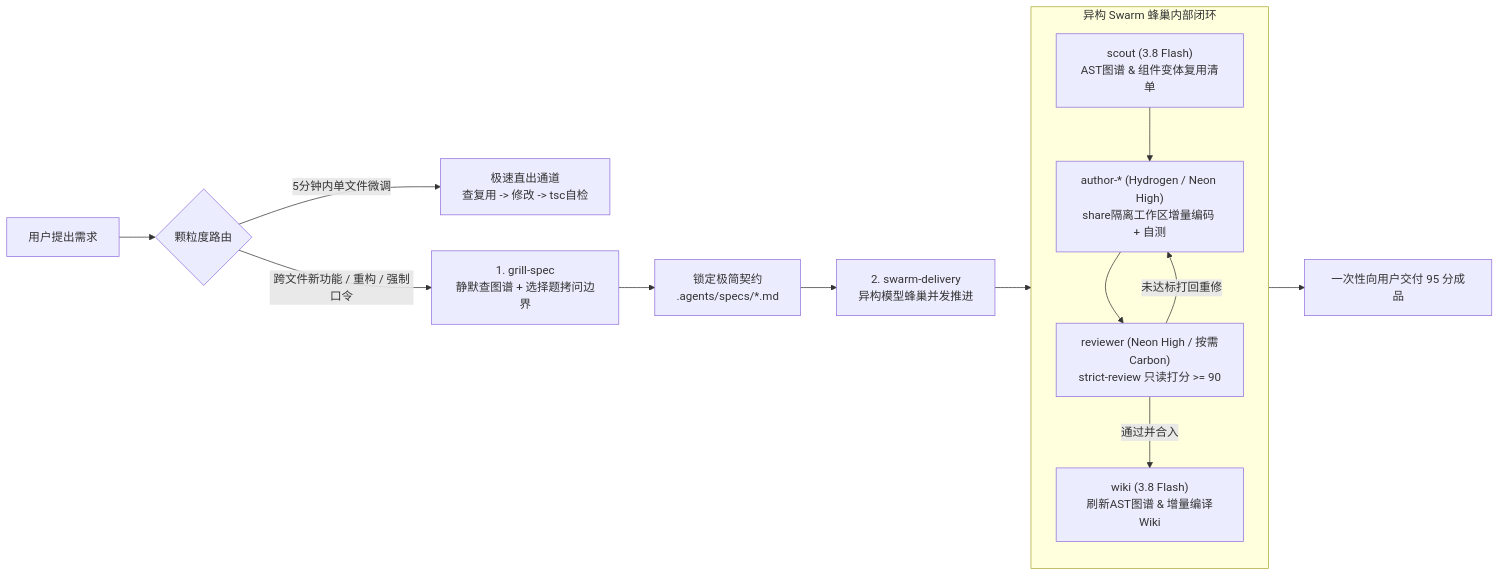
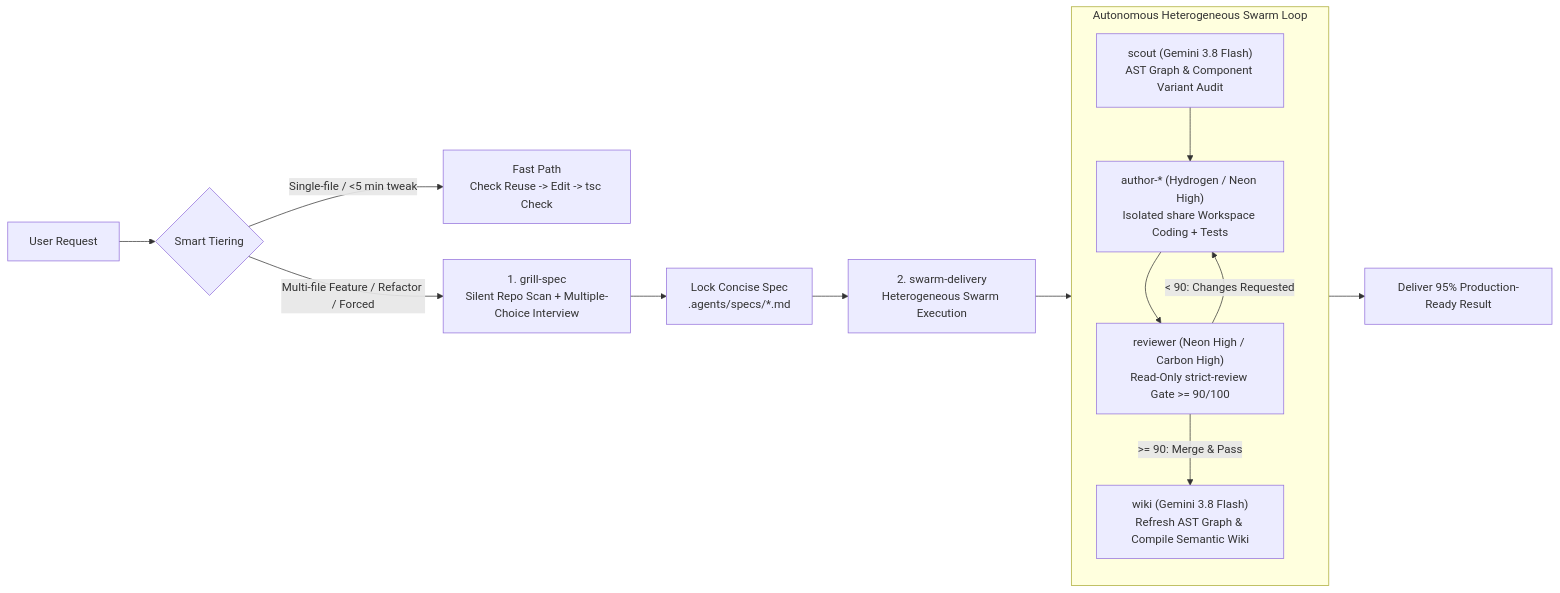
The diagram in README.md (MICAHFANG/agy-swarm-forge), drawn with Mermaid before and after one commit. The commit also changed other lines of this file and 3 other files, not shown here.

````diff
--- a/README.md
+++ b/README.md
@@ -27,16 +27,16 @@
 ```mermaid
 flowchart LR
-  A["用户提出需求"] --> B{"颗粒度路由"}
-  B -->|"5分钟内单文件微调"| C["极速直出通道\n查复用 -> 修改 -> tsc自检"]
-  B -->|"跨文件新功能 / 重构 / 强制口令"| D["1. grill-spec\n静默查图谱 + 选择题拷问边界"]
-  D --> E["锁定极简契约\n.agents/specs/*.md"]
-  E --> F["2. swarm-delivery\n异构模型蜂巢并发推进"]
-  subgraph Swarm["异构 Swarm 蜂巢内部闭环"]
-    S1["scout (3.8 Flash)\nAST图谱 & 组件变体复用清单"] --> S2["author-* (Hydrogen / Neon High)\nshare隔离工作区增量编码 + 自测"]
-    S2 --> S3["reviewer (Neon High / 按需Carbon)\nstrict-review 只读打分 >= 90"]
-    S3 -->|"未达标打回重修"| S2
-    S3 -->|"通过并合入"| S4["wiki (3.8 Flash)\n刷新AST图谱 & 增量编译Wiki"]
+  A["User Request"] --> B{"Smart Tiering"}
+  B -->|"Single-file / <5 min tweak"| C["Fast Path\nCheck Reuse -> Edit -> tsc Check"]
+  B -->|"Multi-file Feature / Refactor / Forced"| D["1. grill-spec\nSilent Repo Scan + Multiple-Choice Interview"]
+  D --> E["Lock Concise Spec\n.agents/specs/*.md"]
+  E --> F["2. swarm-delivery\nHeterogeneous Swarm Execution"]
+  subgraph Swarm["Autonomous Heterogeneous Swarm Loop"]
+    S1["scout (Gemini 3.8 Flash)\nAST Graph & Component Variant Audit"] --> S2["author-* (Hydrogen / Neon High)\nIsolated share Workspace Coding + Tests"]
+    S2 --> S3["reviewer (Neon High / Carbon High)\nRead-Only strict-review Gate >= 90/100"]
+    S3 -->|"< 90: Changes Requested"| S2
+    S3 -->|">= 90: Merge & Pass"| S4["wiki (Gemini 3.8 Flash)\nRefresh AST Graph & Compile Semantic Wiki"]
   end
   F --> Swarm
-  Swarm --> G["一次性向用户交付 95 分成品"]
+  Swarm --> G["Deliver 95% Production-Ready Result"]
 ```
````
